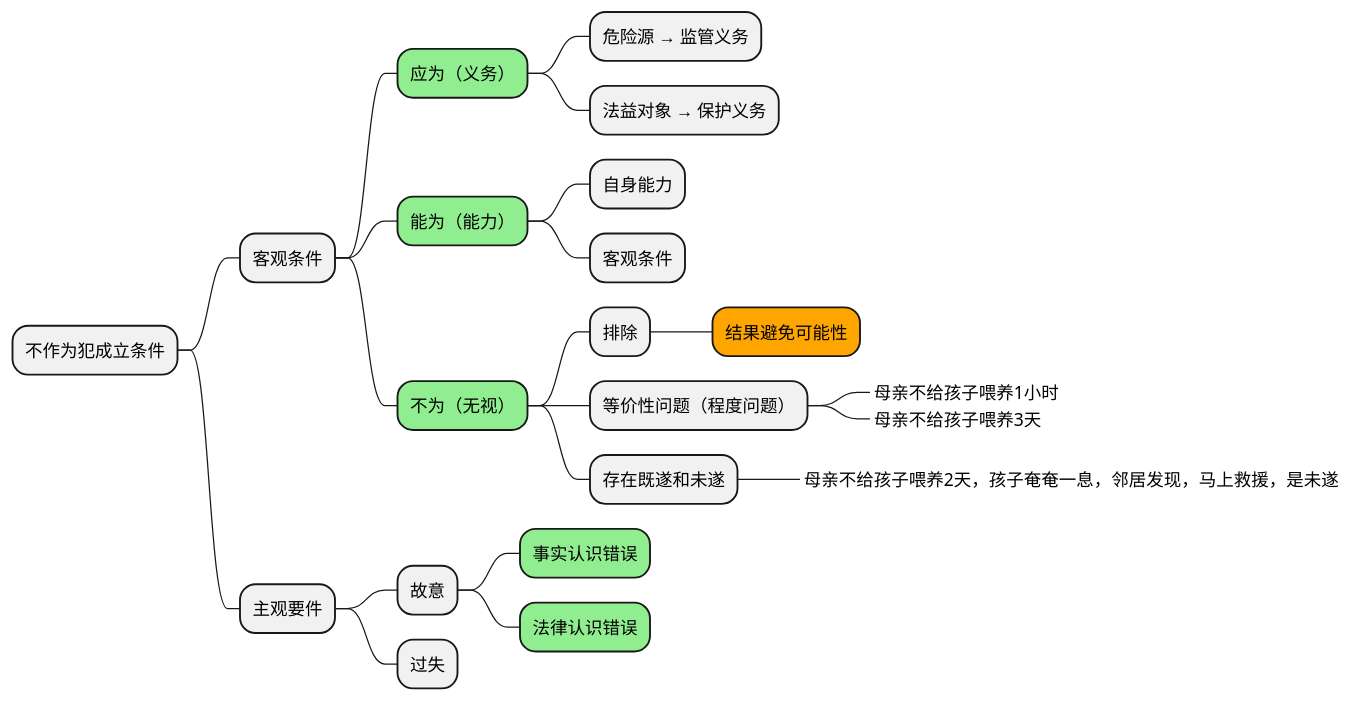
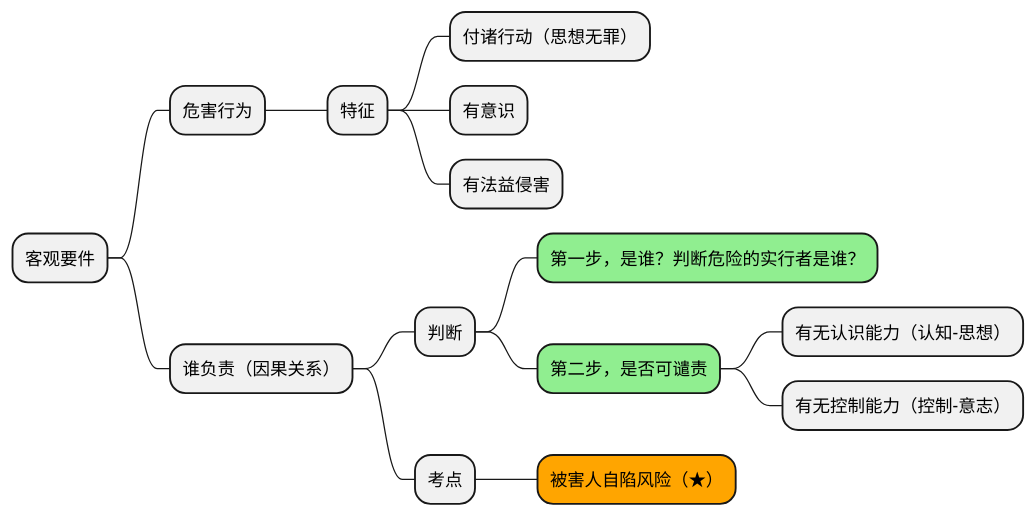
One commit to lsieun/lsieun.github.io changed the eighth of 10 diagrams in _law/penal-code/general/刑法-04-犯罪论-客观要件-行为.md. Above: the diagram before and after it, drawn with PlantUML. The commit also changed other lines of this file and 80 other files, not shown here.

````diff
--- a/_law/penal-code/general/刑法-04-犯罪论-客观要件-行为.md
+++ b/_law/penal-code/general/刑法-04-犯罪论-客观要件-行为.md
@@ -204,27 +200,21 @@
 ```plantuml
 @startmindmap
 
-* 不作为犯成立条件
-    * 客观条件
-        *[#lightgreen] 应为（义务）
-            * 危险源 → 监管义务
-            * 法益对象 → 保护义务
-        *[#lightgreen] 能为（能力）
-            * 自身能力
-            * 客观条件
-        *[#lightgreen] 不为（无视）
-            * 排除
-                *[#orange] 结果避免可能性
-            * 等价性问题（程度问题）
-                *_ 母亲不给孩子喂养1小时
-                *_ 母亲不给孩子喂养3天
-            * 存在既遂和未遂
-                *_ 母亲不给孩子喂养2天，孩子奄奄一息，邻居发现，马上救援，是未遂
-    * 主观要件
-        * 故意
-            *[#lightgreen] 事实认识错误
-            *[#lightgreen] 法律认识错误
-        * 过失
+* 客观要件
+    * 危害行为
+        * 特征
+            * 付诸行动（思想无罪）
+            * 有意识
+            * 有法益侵害
+    * 谁负责（因果关系）
+        * 判断
+            *[#lightgreen] 第一步，是谁？判断危险的实行者是谁？
+            *[#lightgreen] 第二步，是否可谴责
+                * 有无认识能力（认知-思想）
+                * 有无控制能力（控制-意志）
+        * 考点
+            *[#orange] 被害人自陷风险（★）
+
 
 @endmindmap
 ```
````
